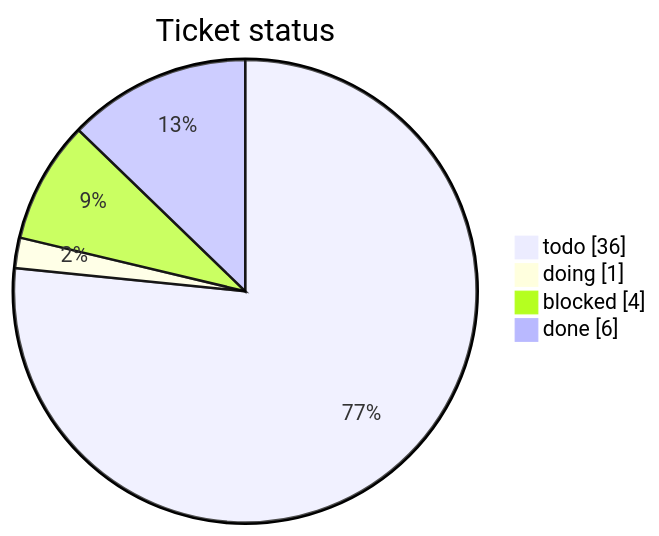
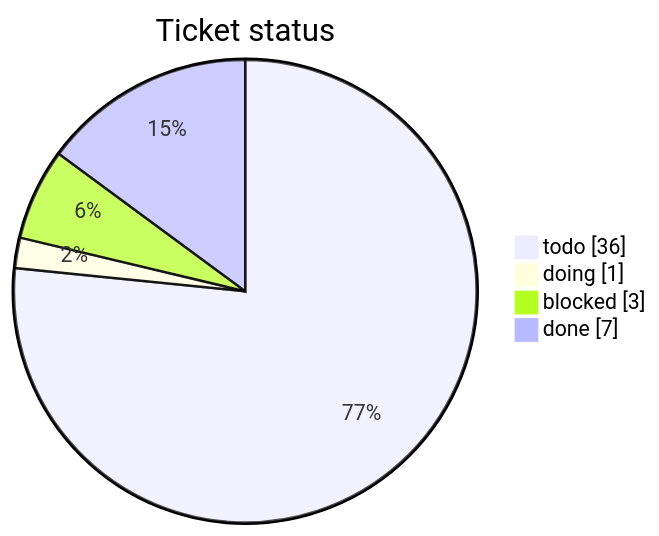
The first of 3 diagrams in tickets/TICKETS.md (mohamed-soubhi/bootlab-esp), drawn with Mermaid before and after one commit. The commit also changed other lines of this file and 1 other file, not shown here.

First line of the commit message:
BL-004: revert-to-done after recovery.md + v5-correct commands (amend prev msg)

````diff
--- a/tickets/TICKETS.md
+++ b/tickets/TICKETS.md
@@ -10,7 +10,7 @@
 ```mermaid
 pie showData title Ticket status
     "todo" : 36
     "doing" : 1
-    "blocked" : 4
-    "done" : 6
+    "blocked" : 3
+    "done" : 7
 ```
````
